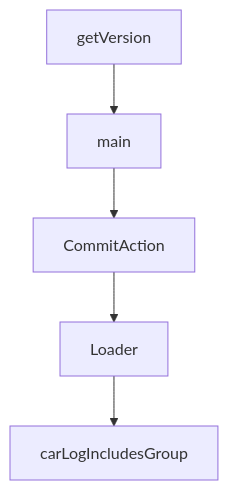
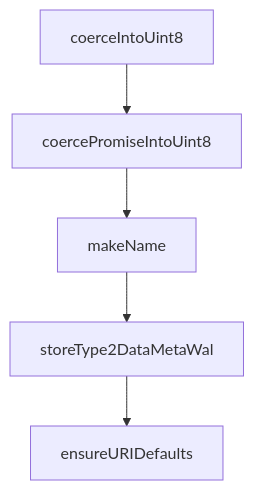
Before and after one commit to johnxie/awesome-code-docs: the diagram in tutorials/fireproof-tutorial/05-storage-gateways-and-sync-topology.md, drawn with Mermaid. The commit also changed other lines of this file and 1232 other files, not shown here.

````diff
--- a/tutorials/fireproof-tutorial/05-storage-gateways-and-sync-topology.md
+++ b/tutorials/fireproof-tutorial/05-storage-gateways-and-sync-topology.md
@@ -186,12 +211,12 @@
 ```mermaid
 flowchart TD
-    A[getVersion]
-    B[main]
-    C[CommitAction]
-    D[Loader]
-    E[carLogIncludesGroup]
+    A[coerceIntoUint8]
+    B[coercePromiseIntoUint8]
+    C[makeName]
+    D[storeType2DataMetaWal]
+    E[ensureURIDefaults]
     A --> B
     B --> C
     C --> D
     D --> E
 ```
````
